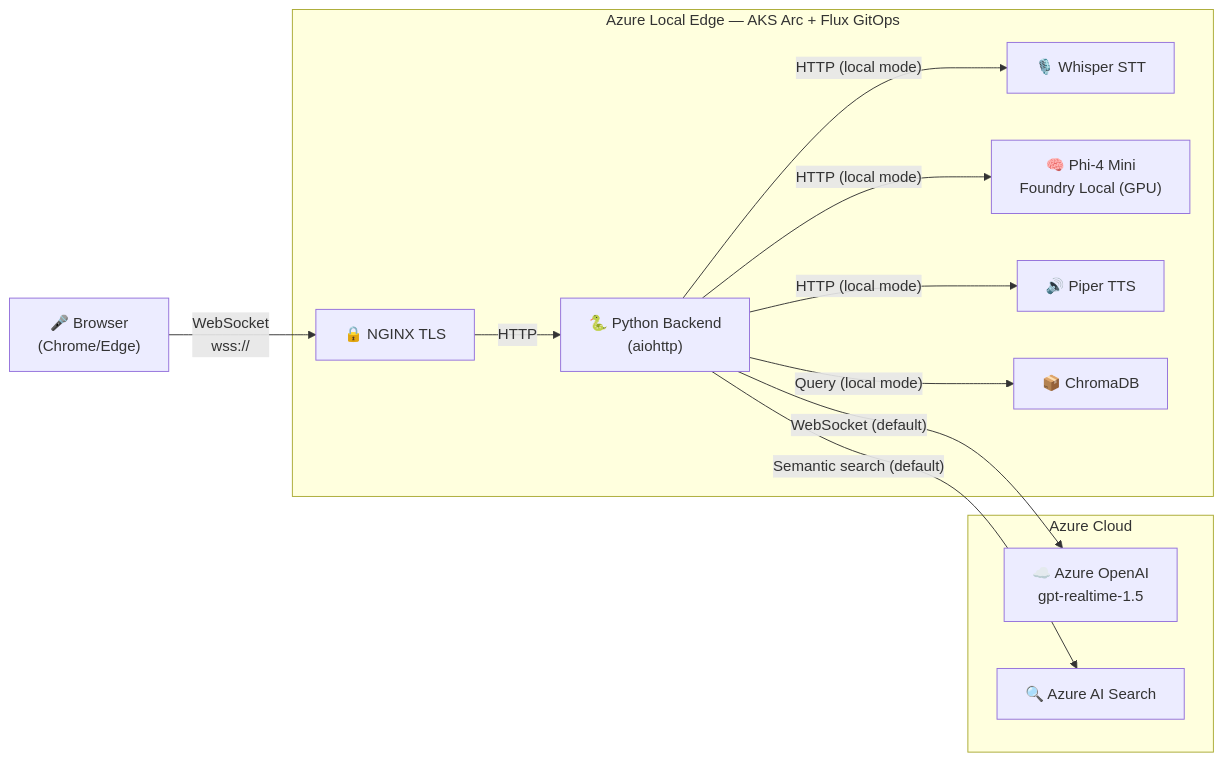
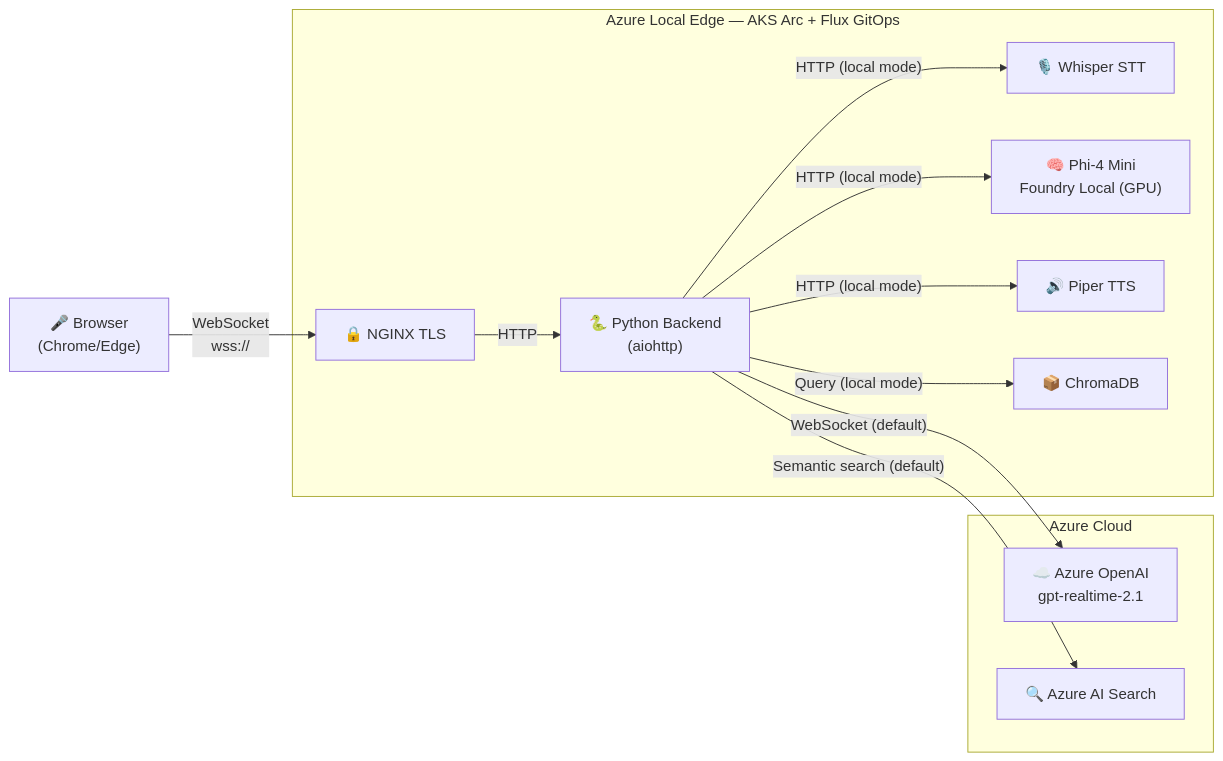
One commit to swigerb/dunkin-chat-voice-assistant changed the diagram in docs/Demo/8-minute-demo-script.md. Above: the diagram before and after it, drawn with Mermaid. The commit also changed other lines of this file and 19 other files, not shown here.

First line of the commit message:
feat(realtime): target gpt-realtime-2.1 with reasoning effort low

````diff
--- a/docs/Demo/8-minute-demo-script.md
+++ b/docs/Demo/8-minute-demo-script.md
@@ -48,26 +48,26 @@
 ```mermaid
 graph LR
     Browser["🎤 Browser<br/>(Chrome/Edge)"] -->|"WebSocket<br/>wss://"| Nginx["🔒 NGINX TLS"]
     Nginx -->|HTTP| Backend["🐍 Python Backend<br/>(aiohttp)"]
 
-    Backend -->|"WebSocket (default)"| AzureOAI["☁️ Azure OpenAI<br/>gpt-realtime-1.5"]
+    Backend -->|"WebSocket (default)"| AzureOAI["☁️ Azure OpenAI<br/>gpt-realtime-2.1"]
     Backend -->|"Semantic search (default)"| AzureSearch["🔍 Azure AI Search"]
     Backend -->|"HTTP (local mode)"| Whisper["🎙️ Whisper STT"]
     Backend -->|"HTTP (local mode)"| Phi4["🧠 Phi-4 Mini<br/>Foundry Local (GPU)"]
     Backend -->|"HTTP (local mode)"| Piper["🔊 Piper TTS"]
     Backend -->|"Query (local mode)"| ChromaDB["📦 ChromaDB"]
 
     subgraph "Azure Local Edge — AKS Arc + Flux GitOps"
         Nginx
         Backend
         ChromaDB
         Whisper
         Phi4
         Piper
     end
 
     subgraph "Azure Cloud"
         AzureOAI
         AzureSearch
     end
 ```
````
